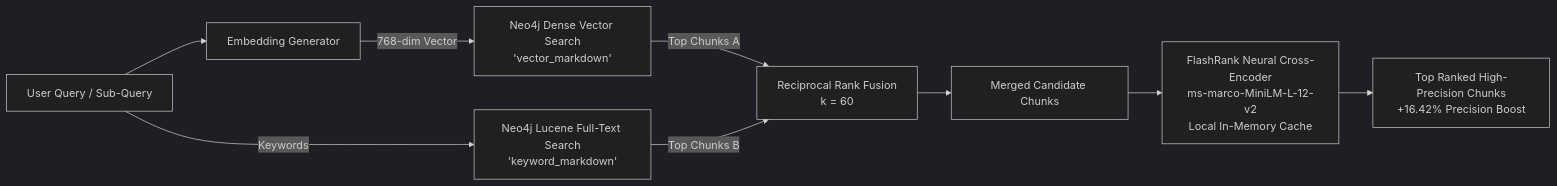
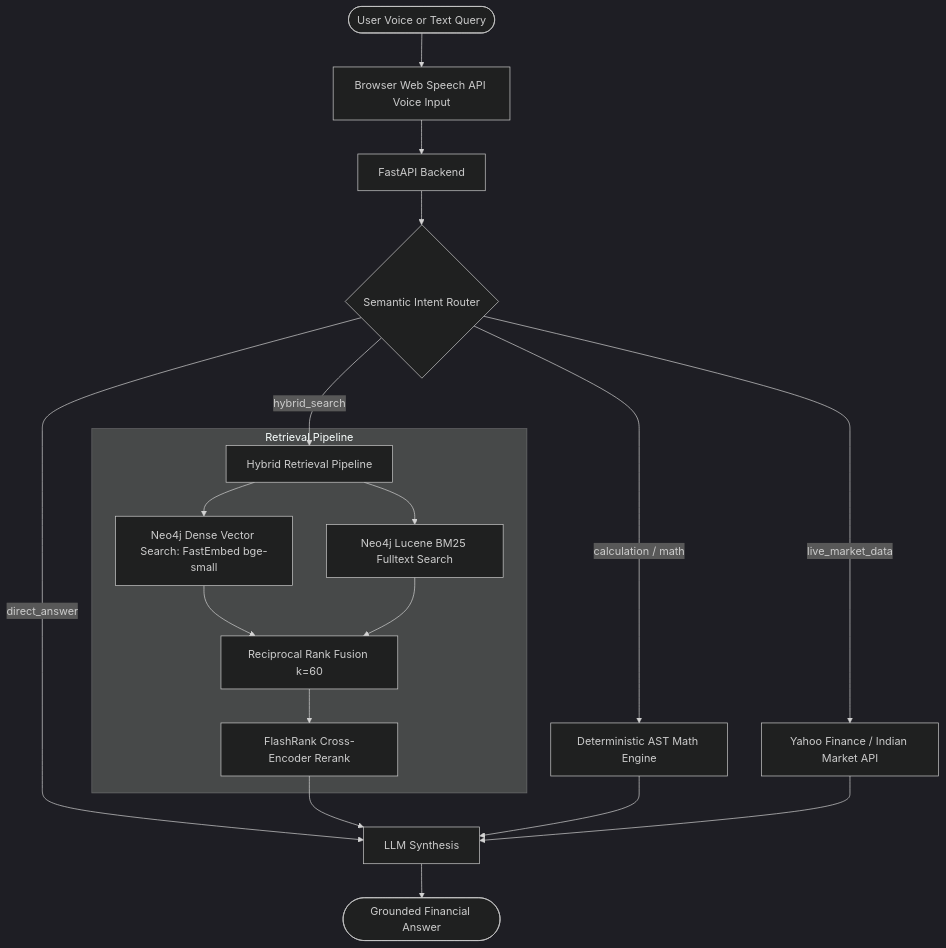
The diagram in README.md (AshokSingodia-Codes/FinAdvisor-Voice), drawn with Mermaid (dark theme) before and after one commit. The commit also changed other lines of this file, not shown here.

````diff
--- a/README.md
+++ b/README.md
@@ -234,14 +20,24 @@
 ```mermaid
-flowchart LR
-    Query[User Query / Sub-Query] --> Embed[Embedding Generator]
-    Embed -->|768-dim Vector| VectorIndex[Neo4j Dense Vector Search<br/>'vector_markdown']
-    Query -->|Keywords| BM25Index[Neo4j Lucene Full-Text Search<br/>'keyword_markdown']
+flowchart TD
+    User([User Voice or Text Query]) --> Speech[Browser Web Speech API Voice Input]
+    Speech --> API[FastAPI Backend]
+    API --> Router{Semantic Intent Router}
     
-    VectorIndex -->|Top Chunks A| RRF[Reciprocal Rank Fusion<br/>k = 60]
-    BM25Index -->|Top Chunks B| RRF
+    Router -->|calculation / math| MathEngine[Deterministic AST Math Engine]
+    Router -->|live_market_data| MarketData[Yahoo Finance / Indian Market API]
+    Router -->|hybrid_search| Retrieval[Hybrid Retrieval Pipeline]
+    Router -->|direct_answer| Synthesis[LLM Synthesis]
     
-    RRF --> Candidates[Merged Candidate Chunks]
-    Candidates --> FlashRank[FlashRank Neural Cross-Encoder<br/>ms-marco-MiniLM-L-12-v2<br/>Local In-Memory Cache]
+    subgraph Retrieval Pipeline
+        Retrieval --> VectorSearch[Neo4j Dense Vector Search: FastEmbed bge-small]
+        Retrieval --> LuceneSearch[Neo4j Lucene BM25 Fulltext Search]
+        VectorSearch --> RRF[Reciprocal Rank Fusion k=60]
+        LuceneSearch --> RRF
+        RRF --> FlashRank[FlashRank Cross-Encoder Rerank]
+    end
     
-    FlashRank --> Context[Top Ranked High-Precision Chunks<br/>+16.42% Precision Boost]
+    FlashRank --> Synthesis
+    MathEngine --> Synthesis
+    MarketData --> Synthesis
+    Synthesis --> Output([Grounded Financial Answer])
 ```
````
